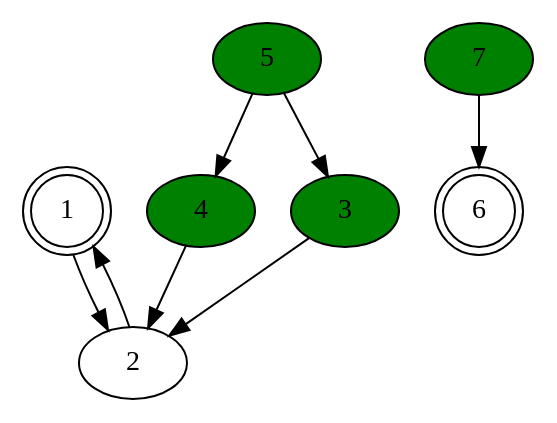
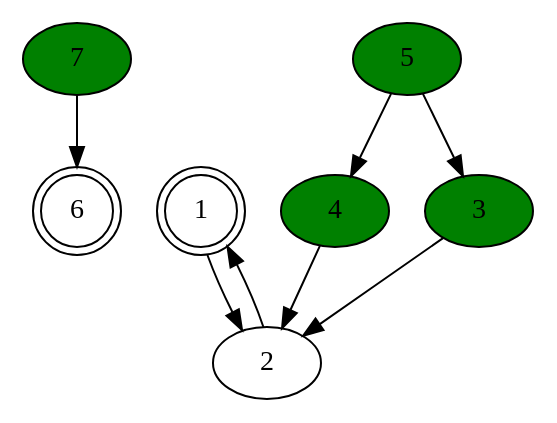
One commit to SamirToularhmine/Enoso changed the diagram in flowReverse.dot. Above: the diagram before and after it, drawn with Graphviz. The commit also changed 4 other files, not shown here.

Commit message:
Début du l'init d'un flow par program

```diff
--- a/flowReverse.dot
+++ b/flowReverse.dot
@@ -1,27 +1,27 @@
 digraph G {
+{
+7 [style = filled fillcolor = green]
+}
+7 -> { 6 }
+{
+6 [shape = doublecircle]
+}
+
 {
 1 [shape = doublecircle]
 }
 1 -> { 2 }
 2 -> { 1 }
 {
+5 [style = filled fillcolor = green]
+}
+5 -> { 4 3 }
+{
 4 [style = filled fillcolor = green]
 }
 4 -> { 2 }
 {
-5 [style = filled fillcolor = green]
-}
-5 -> { 4, 3 }
-{
-6 [shape = doublecircle]
-}
-
-{
 3 [style = filled fillcolor = green]
 }
 3 -> { 2 }
-{
-7 [style = filled fillcolor = green]
 }
-7 -> { 6 }
-}
```
